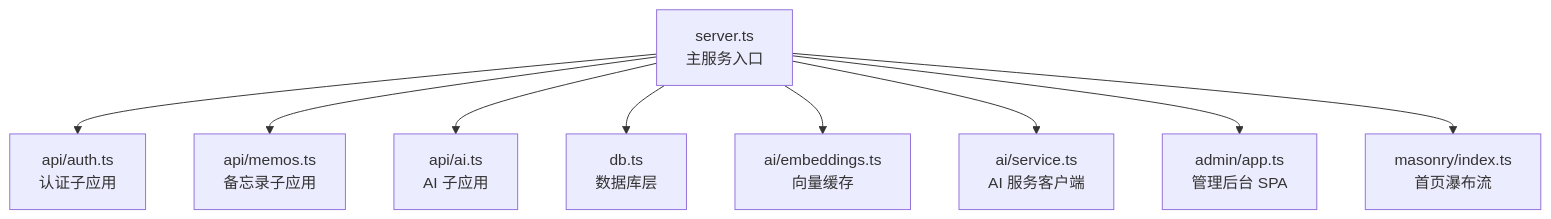
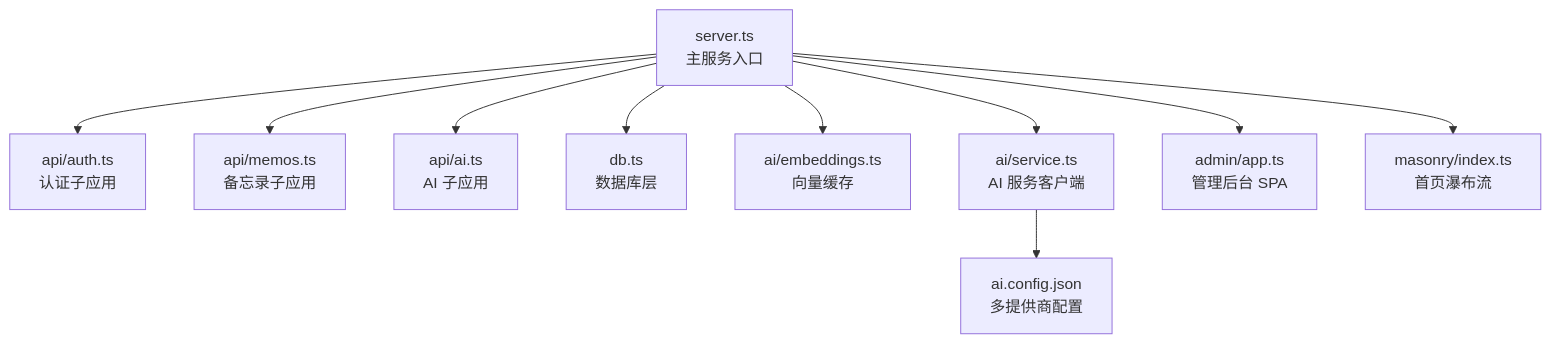
Before and after one commit to BlackBoxRecorder/memos: the first of 9 diagrams in .qoder/repowiki/zh/content/开发指南/开发指南.md, drawn with Mermaid. The commit also changed other lines of this file and 8 other files, not shown here.

````diff
--- a/.qoder/repowiki/zh/content/开发指南/开发指南.md
+++ b/.qoder/repowiki/zh/content/开发指南/开发指南.md
@@ -50,11 +52,13 @@
 ```mermaid
 graph TB
 A["server.ts<br/>主服务入口"] --> B["api/auth.ts<br/>认证子应用"]
 A --> C["api/memos.ts<br/>备忘录子应用"]
 A --> D["api/ai.ts<br/>AI 子应用"]
 A --> E["db.ts<br/>数据库层"]
 A --> F["ai/embeddings.ts<br/>向量缓存"]
 A --> G["ai/service.ts<br/>AI 服务客户端"]
 A --> H["admin/app.ts<br/>管理后台 SPA"]
 A --> I["masonry/index.ts<br/>首页瀑布流"]
+J["ai.config.json<br/>多提供商配置"]
+G --> J
 ```
````
